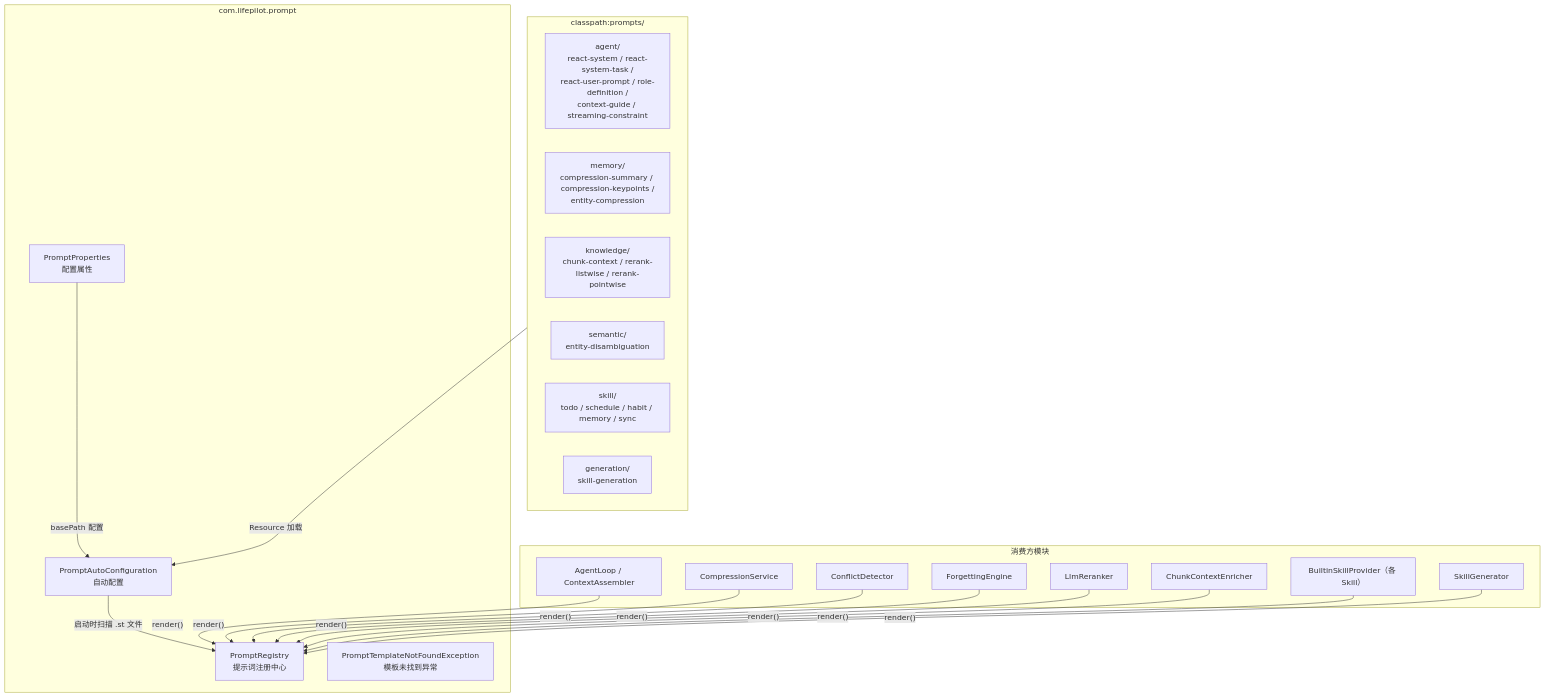
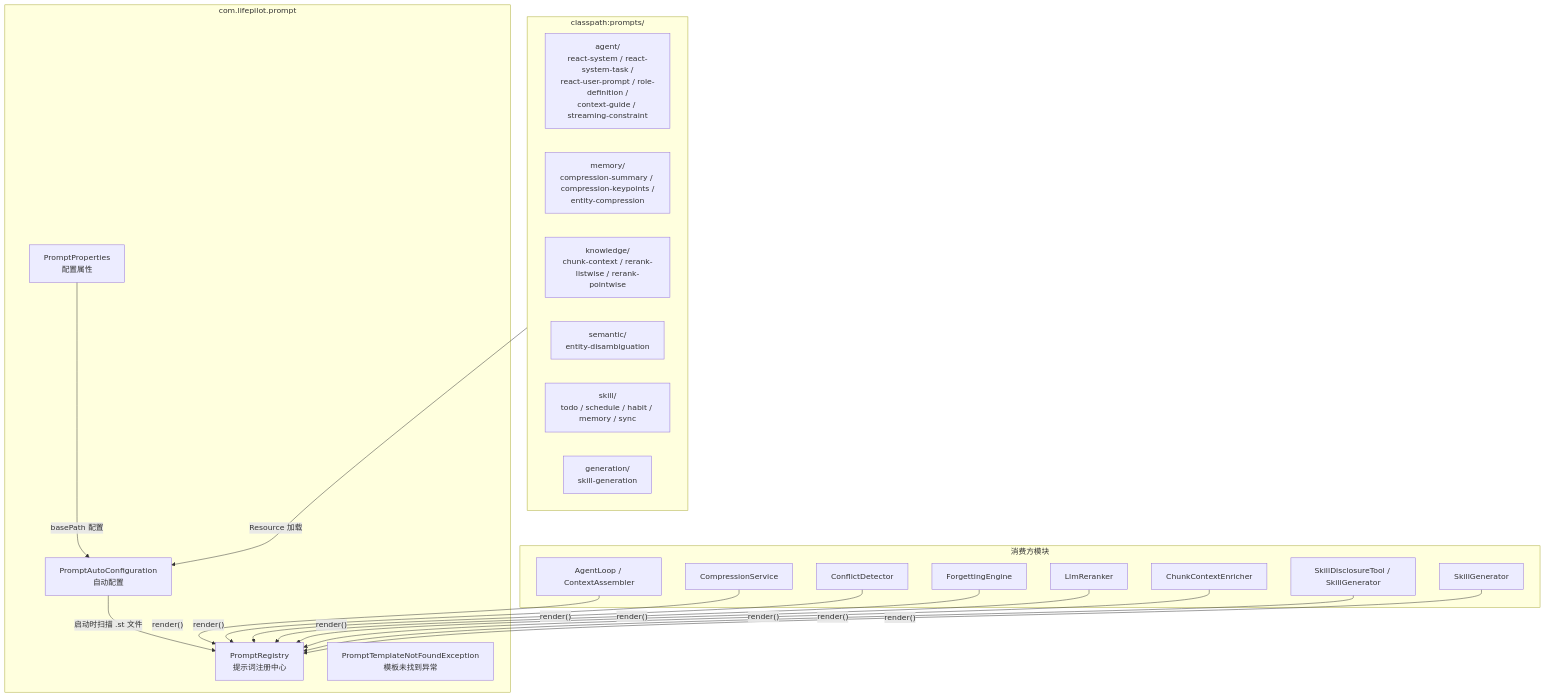
Before and after one commit to ntygod/LifePilot: the first of 2 diagrams in docs/architecture/prompt-management.md, drawn with Mermaid. The commit also changed other lines of this file and 46 other files, not shown here.

````diff
--- a/docs/architecture/prompt-management.md
+++ b/docs/architecture/prompt-management.md
@@ -13,43 +13,43 @@
 ```mermaid
 graph TB
     subgraph prompt["com.lifepilot.prompt"]
         PR["PromptRegistry<br/>提示词注册中心"]
         PAC["PromptAutoConfiguration<br/>自动配置"]
         PP["PromptProperties<br/>配置属性"]
         PTNF["PromptTemplateNotFoundException<br/>模板未找到异常"]
     end
 
     subgraph templates["classpath:prompts/"]
         T_AGENT["agent/<br/>react-system / react-system-task /<br/>react-user-prompt / role-definition /<br/>context-guide / streaming-constraint"]
         T_MEMORY["memory/<br/>compression-summary / compression-keypoints /<br/>entity-compression"]
         T_KNOWLEDGE["knowledge/<br/>chunk-context / rerank-listwise / rerank-pointwise"]
         T_SEMANTIC["semantic/<br/>entity-disambiguation"]
         T_SKILL["skill/<br/>todo / schedule / habit / memory / sync"]
         T_GEN["generation/<br/>skill-generation"]
     end
 
     subgraph consumers["消费方模块"]
         AL["AgentLoop / ContextAssembler"]
         CS["CompressionService"]
         CD["ConflictDetector"]
         FE["ForgettingEngine"]
         LR["LlmReranker"]
         CE["ChunkContextEnricher"]
-        SP["BuiltinSkillProvider（各 Skill）"]
+        SP["SkillDisclosureTool / SkillGenerator"]
         SG["SkillGenerator"]
     end
 
     PAC -->|"启动时扫描 .st 文件"| PR
     PP -->|"basePath 配置"| PAC
     templates -->|"Resource 加载"| PAC
 
     AL -->|"render()"| PR
     CS -->|"render()"| PR
     CD -->|"render()"| PR
     FE -->|"render()"| PR
     LR -->|"render()"| PR
     CE -->|"render()"| PR
     SP -->|"render()"| PR
     SG -->|"render()"| PR
 
 ```
````
